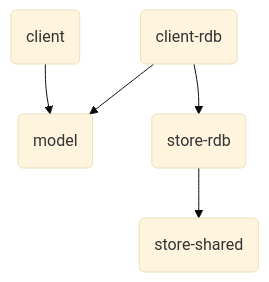
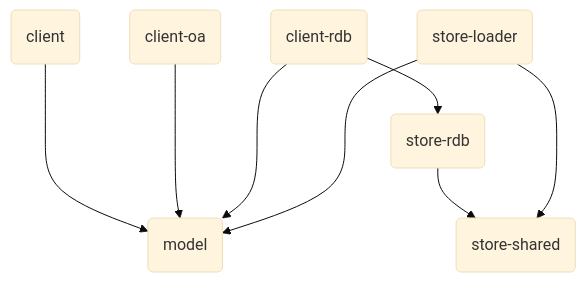
One commit to giis-uniovi/tdrules changed the diagram in README.md. Above: the diagram before and after it, drawn with Mermaid (base theme). The commit also changed other lines of this file and 62 other files, not shown here.

Commit message:
Migrate Store Loader module

````diff
--- a/README.md
+++ b/README.md
@@ -82,7 +98,10 @@
 ```mermaid
 flowchart TD
-    client(client) --> model(model)
+    client(client) ---> model(model)
+    clientoa(client-oa) ---> model
     clientrdb(client-rdb) --> model
     clientrdb --> storerdb(store-rdb)
     storerdb --> storeshared(store-shared)
+    storeloader(store-loader) ---> model
+    storeloader ---> storeshared
 ```
````
